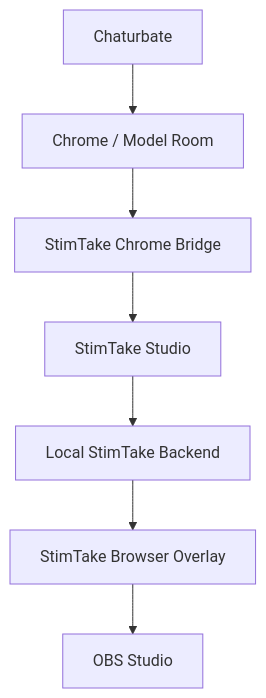
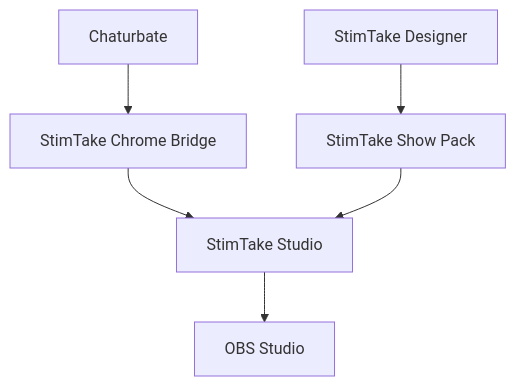
One commit to tcdoverlord/StimTake-Studio changed the second of 2 diagrams in StimTake-Studio/README.md. Above: the diagram before and after it, drawn with Mermaid. The commit also changed other lines of this file and 11 other files, not shown here.

Commit message:
test: validate and document StimTake v6 workflow

````diff
--- a/StimTake-Studio/README.md
+++ b/StimTake-Studio/README.md
@@ -59,17 +795,17 @@
 ```mermaid
 flowchart TD
     CB[Chaturbate]
-    CHROME[Chrome / Model Room]
     BRIDGE[StimTake Chrome Bridge]
     STUDIO[StimTake Studio]
-    BACKEND[Local StimTake Backend]
-    OVERLAY[StimTake Browser Overlay]
+    PACK[StimTake Show Pack]
+    DESIGNER[StimTake Designer]
     OBS[OBS Studio]
 
-    CB --> CHROME
-    CHROME --> BRIDGE
+    CB --> BRIDGE
     BRIDGE --> STUDIO
-    STUDIO --> BACKEND
-    BACKEND --> OVERLAY
-    OVERLAY --> OBS
+
+    DESIGNER --> PACK
+    PACK --> STUDIO
+
+    STUDIO --> OBS
 ```
````
